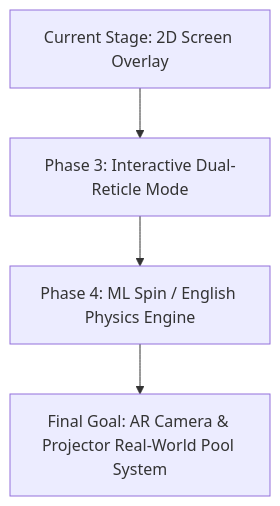
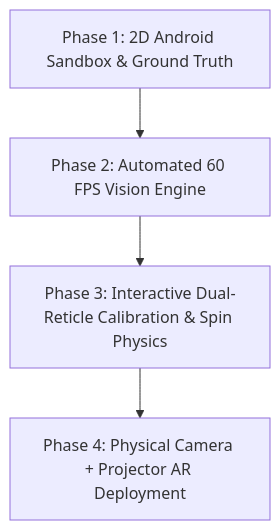
Before and after one commit to xxsoloxxleveling-sketch/8ballchecking: the diagram in README.md, drawn with Mermaid. The commit also changed other lines of this file, not shown here.

Commit message:
docs: add full Android sandbox testing methodology and overhead camera+projector hardware roadmap

````diff
--- a/README.md
+++ b/README.md
@@ -59,6 +55,6 @@
 ```mermaid
 graph TD
-    A[Current Stage: 2D Screen Overlay] --> B[Phase 3: Interactive Dual-Reticle Mode]
-    B --> C[Phase 4: ML Spin / English Physics Engine]
-    C --> D[Final Goal: AR Camera & Projector Real-World Pool System]
+    P1[Phase 1: 2D Android Sandbox & Ground Truth] --> P2[Phase 2: Automated 60 FPS Vision Engine]
+    P2 --> P3[Phase 3: Interactive Dual-Reticle Calibration & Spin Physics]
+    P3 --> P4[Phase 4: Physical Camera + Projector AR Deployment]
 ```
````
